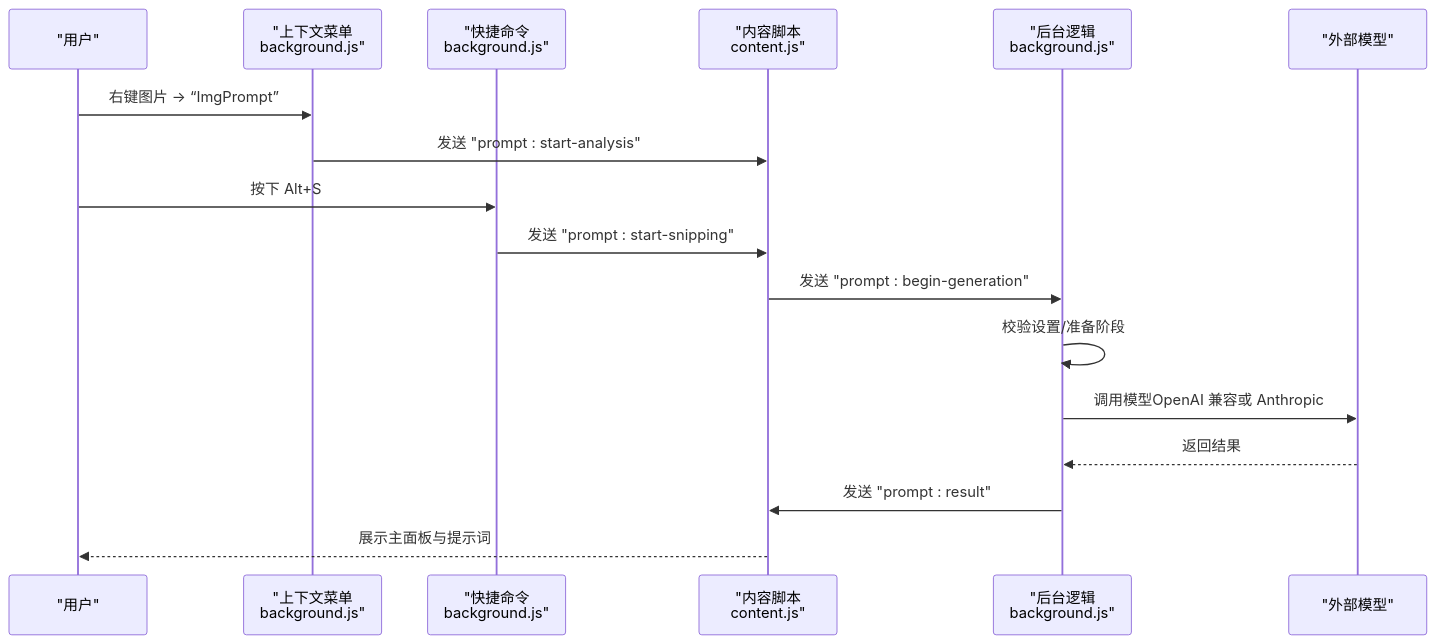
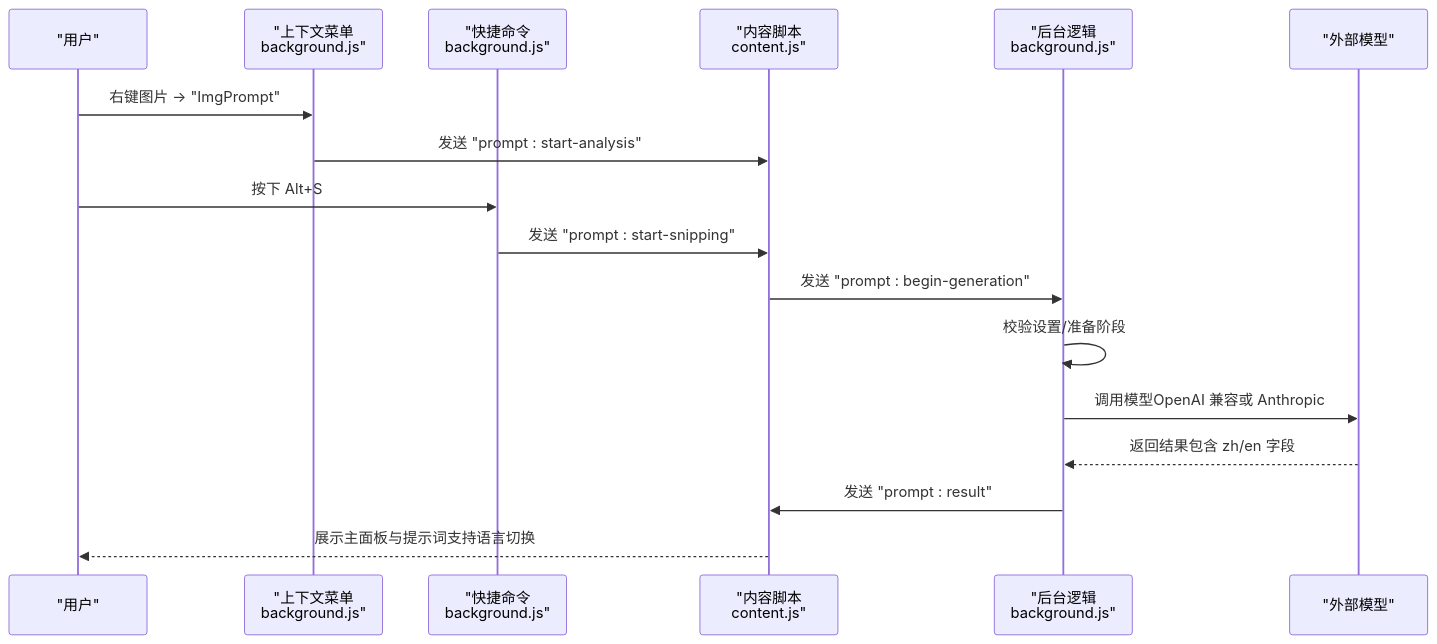
The second of 8 diagrams in .qoder/repowiki/zh/content/核心功能/核心功能.md (binasi/Img2Prompt), drawn with Mermaid before and after one commit. The commit also changed other lines of this file and 11 other files, not shown here.

````diff
--- a/.qoder/repowiki/zh/content/核心功能/核心功能.md
+++ b/.qoder/repowiki/zh/content/核心功能/核心功能.md
@@ -125,19 +140,19 @@
 ```mermaid
 sequenceDiagram
 participant U as "用户"
 participant CM as "上下文菜单<br/>background.js"
 participant CMD as "快捷命令<br/>background.js"
 participant CS as "内容脚本<br/>content.js"
 participant BG as "后台逻辑<br/>background.js"
 participant AI as "外部模型"
-U->>CM : 右键图片 -> “ImgPrompt”
+U->>CM : 右键图片 -> "ImgPrompt"
 CM->>CS : 发送 "prompt : start-analysis"
 U->>CMD : 按下 Alt+S
 CMD->>CS : 发送 "prompt : start-snipping"
 CS->>BG : 发送 "prompt : begin-generation"
 BG->>BG : 校验设置/准备阶段
 BG->>AI : 调用模型OpenAI 兼容或 Anthropic
-AI-->>BG : 返回结果
+AI-->>BG : 返回结果包含 zh/en 字段
 BG->>CS : 发送 "prompt : result"
-CS-->>U : 展示主面板与提示词
+CS-->>U : 展示主面板与提示词支持语言切换
 ```
````
